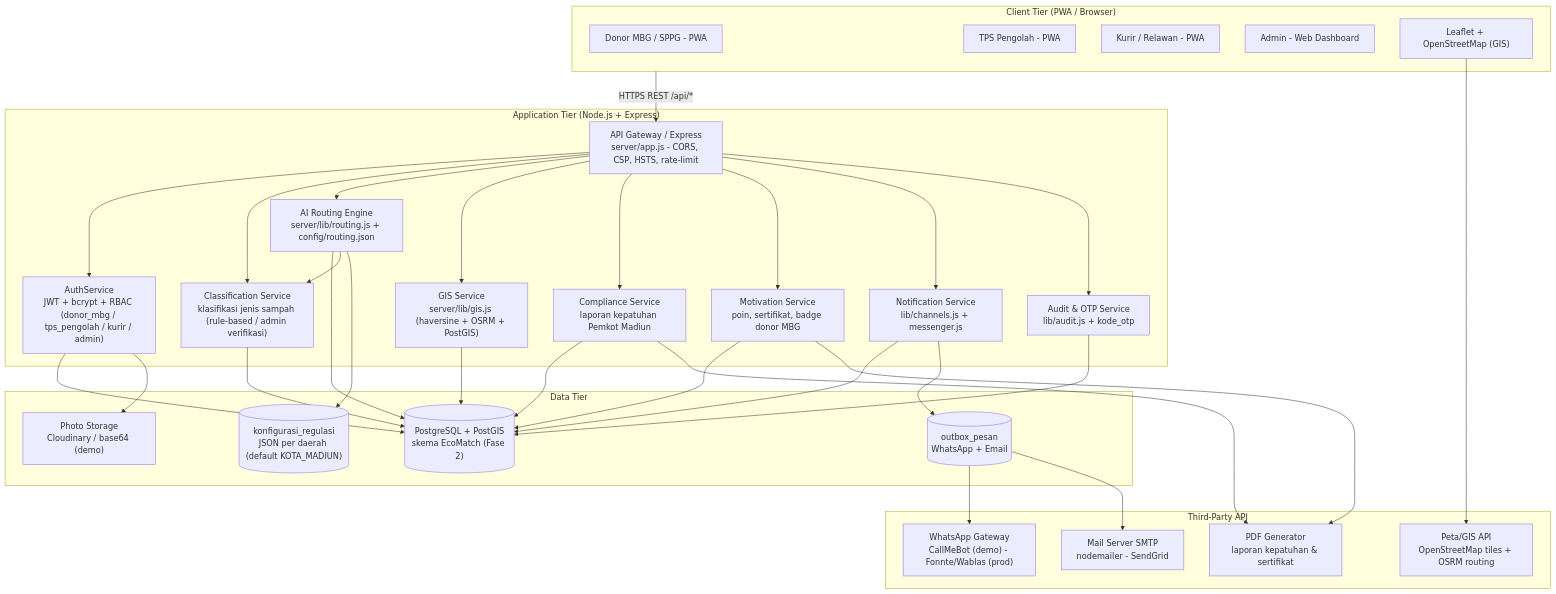
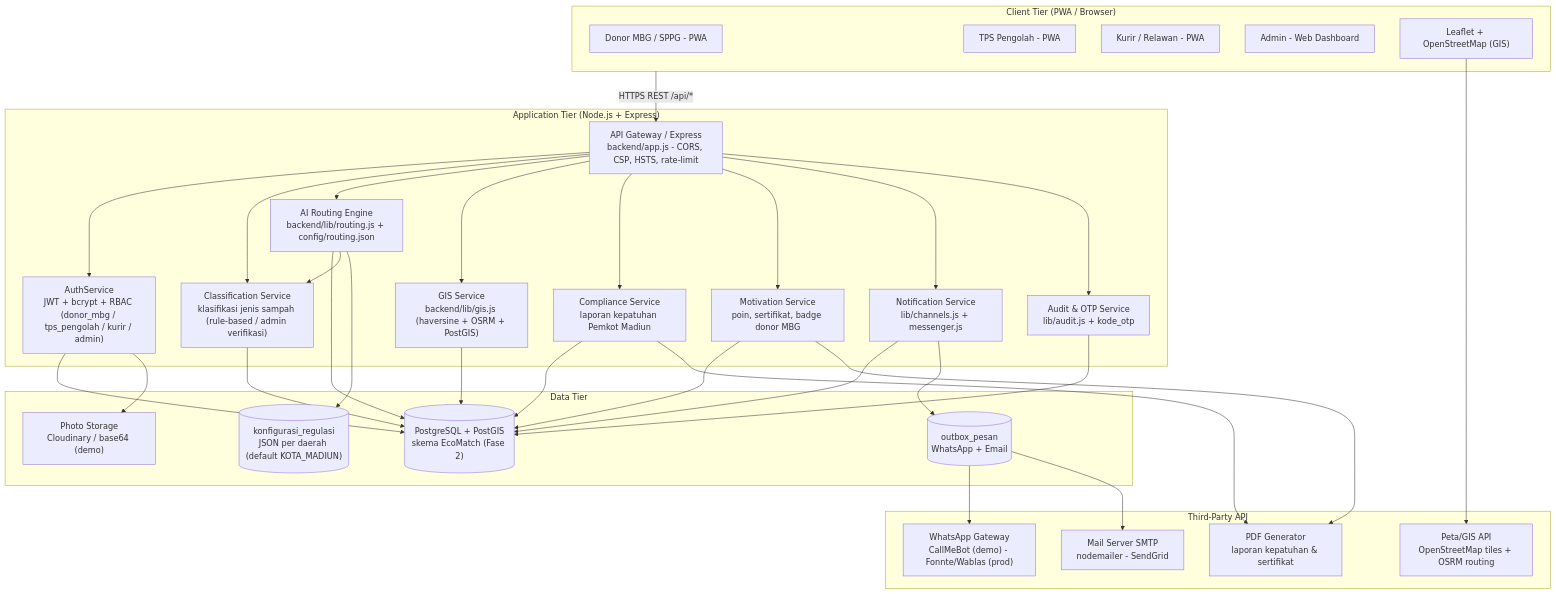
The first of 10 diagrams in docs/arsitektur/Dokumen_Arsitektur_Sistem_EcoMatch_v2.0.md (naylaaurellia18-web/ecomatch), drawn with Mermaid before and after one commit. The commit also changed other lines of this file and 58 other files, not shown here.

````diff
--- a/docs/arsitektur/Dokumen_Arsitektur_Sistem_EcoMatch_v2.0.md
+++ b/docs/arsitektur/Dokumen_Arsitektur_Sistem_EcoMatch_v2.0.md
@@ -37,55 +37,55 @@
 ```mermaid
 flowchart TB
     subgraph CLIENT["Client Tier (PWA / Browser)"]
         A1["Donor MBG / SPPG - PWA"]
         A2["TPS Pengolah - PWA"]
         A3["Kurir / Relawan - PWA"]
         A4["Admin - Web Dashboard"]
         MAP["Leaflet + OpenStreetMap (GIS)"]
     end
 
     subgraph APP["Application Tier (Node.js + Express)"]
-        GW["API Gateway / Express<br/>server/app.js - CORS, CSP, HSTS, rate-limit"]
+        GW["API Gateway / Express<br/>backend/app.js - CORS, CSP, HSTS, rate-limit"]
         AUTH["AuthService<br/>JWT + bcrypt + RBAC (donor_mbg / tps_pengolah / kurir / admin)"]
         CLASS["Classification Service<br/>klasifikasi jenis sampah (rule-based / admin verifikasi)"]
-        ROUTE["AI Routing Engine<br/>server/lib/routing.js + config/routing.json"]
-        GIS["GIS Service<br/>server/lib/gis.js (haversine + OSRM + PostGIS)"]
+        ROUTE["AI Routing Engine<br/>backend/lib/routing.js + config/routing.json"]
+        GIS["GIS Service<br/>backend/lib/gis.js (haversine + OSRM + PostGIS)"]
         COMPLY["Compliance Service<br/>laporan kepatuhan Pemkot Madiun"]
         MOTIVE["Motivation Service<br/>poin, sertifikat, badge donor MBG"]
         NOTIF["Notification Service<br/>lib/channels.js + messenger.js"]
         AUDIT["Audit & OTP Service<br/>lib/audit.js + kode_otp"]
     end
 
     subgraph DATA["Data Tier"]
         DB[("PostgreSQL + PostGIS<br/>skema EcoMatch (Fase 2)")]
         FS["Photo Storage<br/>Cloudinary / base64 (demo)"]
         OUTBOX[("outbox_pesan<br/>WhatsApp + Email")]
         CFG[("konfigurasi_regulasi<br/>JSON per daerah (default KOTA_MADIUN)")]
     end
 
     subgraph EXT["Third-Party API"]
         WA["WhatsApp Gateway<br/>CallMeBot (demo) - Fonnte/Wablas (prod)"]
         MAIL["Mail Server SMTP<br/>nodemailer - SendGrid"]
         OSM["Peta/GIS API<br/>OpenStreetMap tiles + OSRM routing"]
         PDF["PDF Generator<br/>laporan kepatuhan & sertifikat"]
     end
 
     CLIENT -->|"HTTPS REST /api/*"| GW
     GW --> AUTH & CLASS & ROUTE & GIS & COMPLY & MOTIVE & NOTIF & AUDIT
     AUTH --> DB
     CLASS --> DB
     ROUTE --> DB
     ROUTE --> CLASS
     GIS --> DB
     COMPLY --> DB
     COMPLY --> PDF
     MOTIVE --> DB
     MOTIVE --> PDF
     NOTIF --> DB
     AUDIT --> DB
     ROUTE --> CFG
     AUTH --> FS
     NOTIF --> OUTBOX
     OUTBOX --> WA & MAIL
     MAP --> OSM
 ```
````
